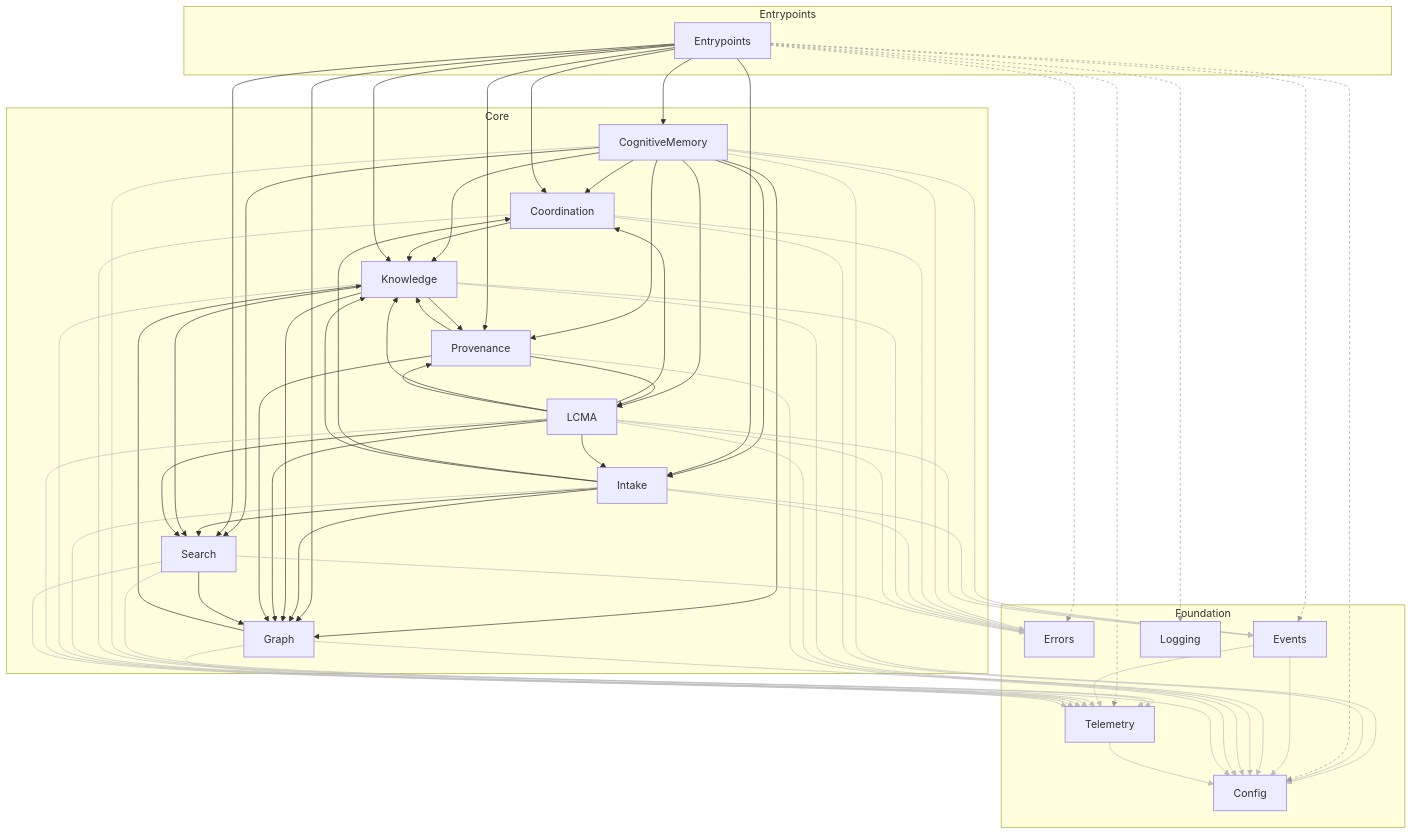
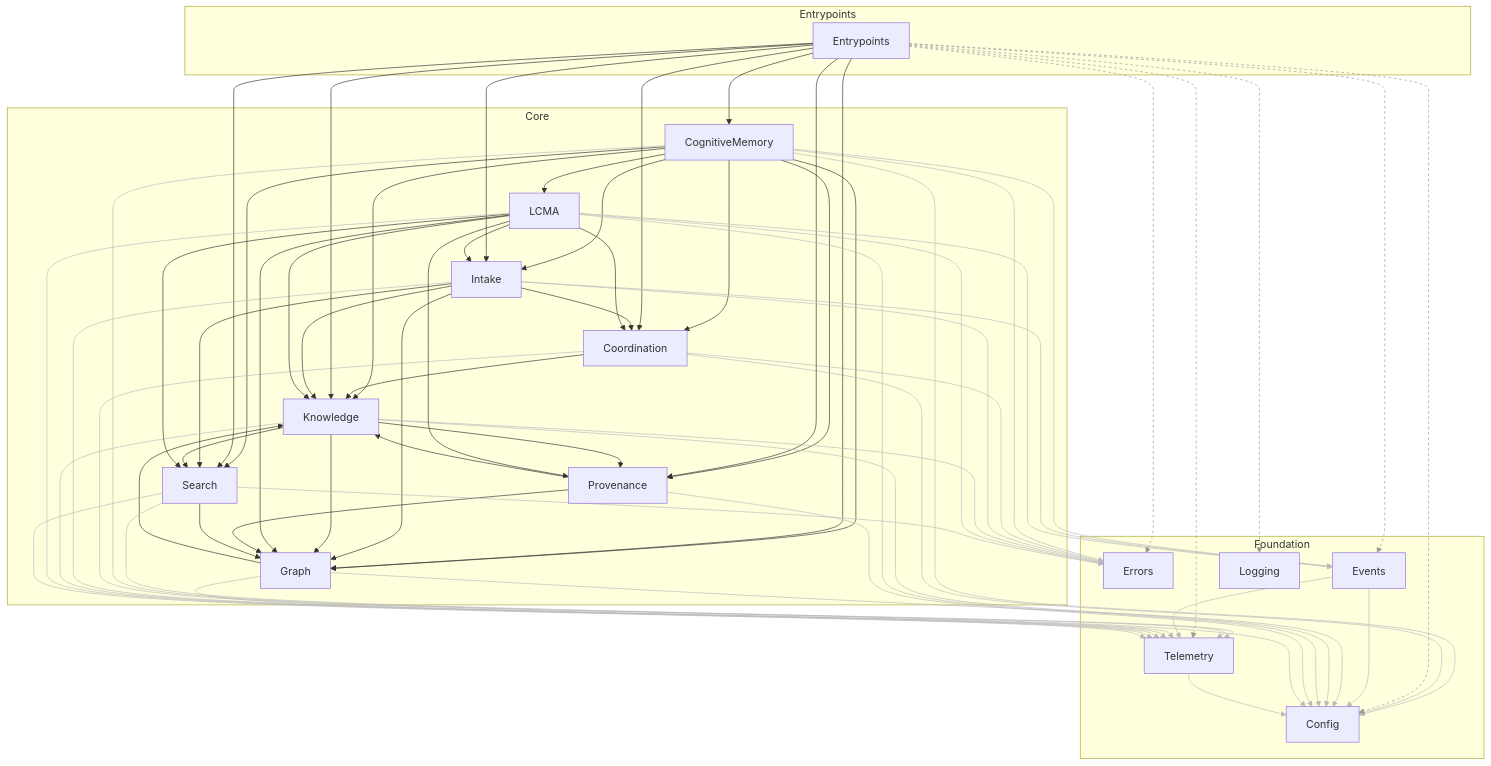
Before and after one commit to agent-lore/lithos: the diagram in docs/generated/architecture.md, drawn with Mermaid. The commit also changed 16 other files, not shown here.

````diff
--- a/docs/generated/architecture.md
+++ b/docs/generated/architecture.md
@@ -97,7 +97,6 @@
   Provenance --> Config
   Provenance --> Graph
   Provenance --> Knowledge
-  Provenance --> LCMA
   Search --> Config
   Search --> Errors
   Search --> Graph
@@ -130,8 +129,8 @@
   linkStyle 48 stroke:#bbb
   linkStyle 54 stroke:#bbb
   linkStyle 55 stroke:#bbb
+  linkStyle 58 stroke:#bbb
   linkStyle 59 stroke:#bbb
-  linkStyle 60 stroke:#bbb
+  linkStyle 61 stroke:#bbb
   linkStyle 62 stroke:#bbb
-  linkStyle 63 stroke:#bbb
 ```
````
